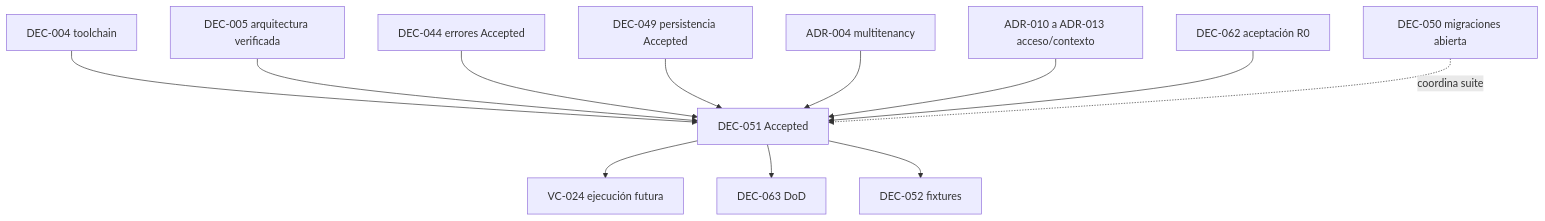
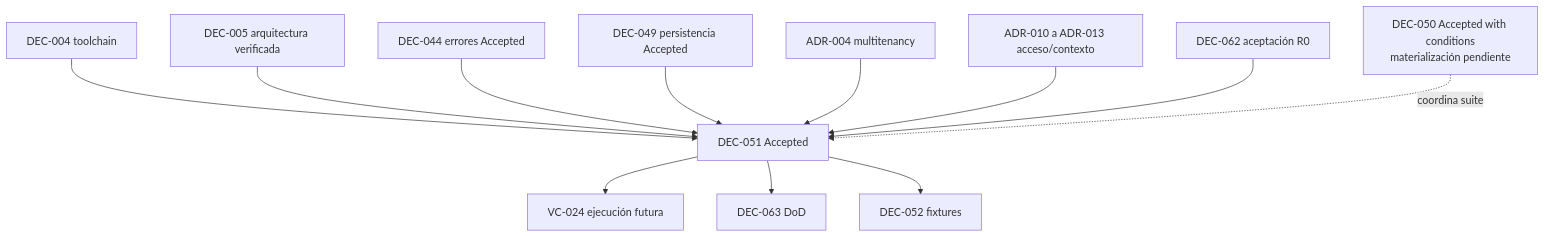
One commit to luisgtzaviles/SrTaller-2.0 changed the diagram in docs/decisions/dec-051-testing-ci-strategy/DECISION_PROPOSAL.md. Above: the diagram before and after it, drawn with Mermaid. The commit also changed 41 other files, not shown here.

````diff
--- a/docs/decisions/dec-051-testing-ci-strategy/DECISION_PROPOSAL.md
+++ b/docs/decisions/dec-051-testing-ci-strategy/DECISION_PROPOSAL.md
@@ -920,14 +920,14 @@
 ```mermaid
 flowchart TD
     D4[DEC-004 toolchain] --> D51[DEC-051 Accepted]
     D5[DEC-005 arquitectura verificada] --> D51
     D44[DEC-044 errores Accepted] --> D51
     D49[DEC-049 persistencia Accepted] --> D51
     A4[ADR-004 multitenancy] --> D51
     A10[ADR-010 a ADR-013 acceso/contexto] --> D51
     D62[DEC-062 aceptación R0] --> D51
-    D50[DEC-050 migraciones abierta] -. coordina suite .-> D51
+    D50[DEC-050 Accepted with conditions<br/>materialización pendiente] -. coordina suite .-> D51
     D51 --> VC24[VC-024 ejecución futura]
     D51 --> D63[DEC-063 DoD]
     D51 --> D52[DEC-052 fixtures]
 ```
````
